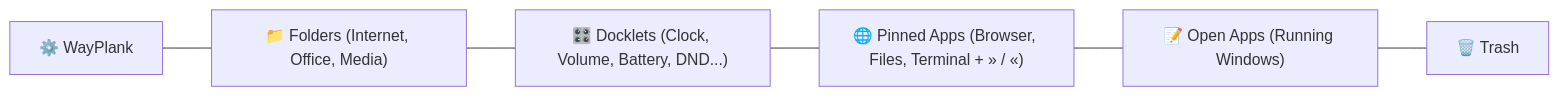
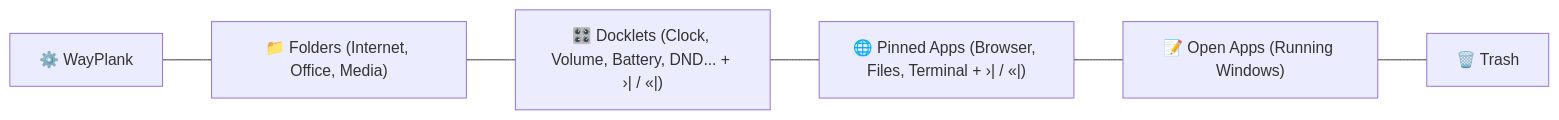
Before and after one commit to sergiomelas/WayPlank: the second of 3 diagrams in Documentation/USER_GUIDE.md, drawn with Mermaid. The commit also changed other lines of this file and 76 other files, not shown here.

````diff
--- a/Documentation/USER_GUIDE.md
+++ b/Documentation/USER_GUIDE.md
@@ -108,8 +108,8 @@
 ```mermaid
 flowchart LR
     W["⚙️ WayPlank"] --- F["📁 Folders (Internet, Office, Media)"]
-    F --- D["🎛️ Docklets (Clock, Volume, Battery, DND...)"]
-    D --- P["🌐 Pinned Apps (Browser, Files, Terminal + » / «)"]
+    F --- D["🎛️ Docklets (Clock, Volume, Battery, DND... + ›| / «|)"]
+    D --- P["🌐 Pinned Apps (Browser, Files, Terminal + ›| / «|)"]
     P --- O["📝 Open Apps (Running Windows)"]
     O --- T["🗑️ Trash"]
 ```
````
